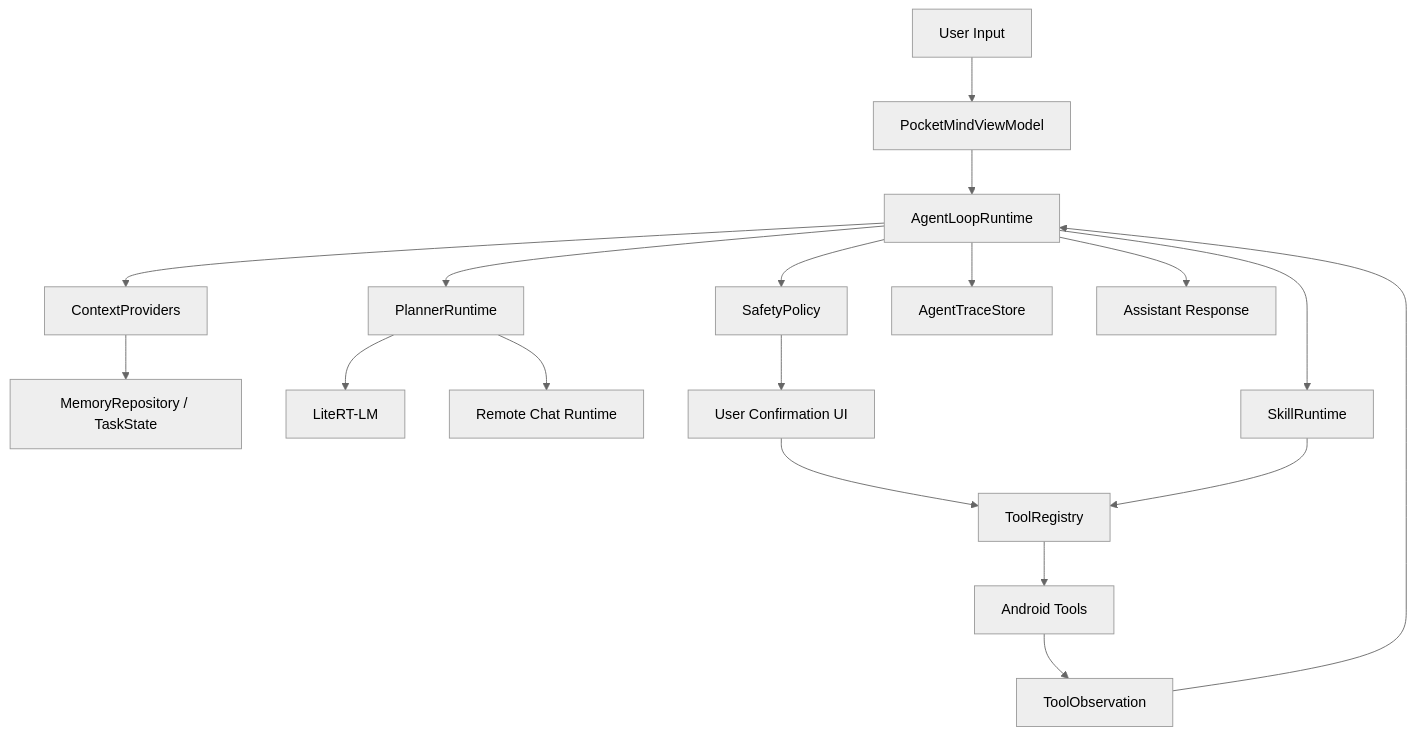
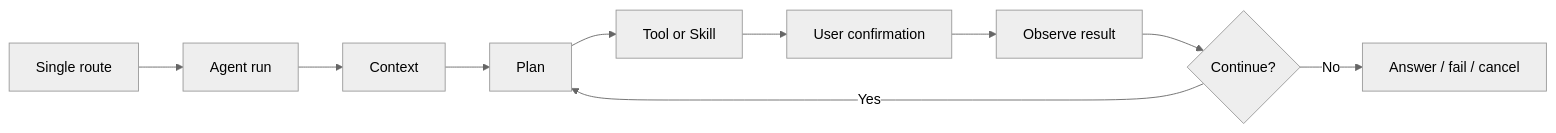
The diagram in docs/agent_loop_multi_agent_plan.md (William-zgx/solin-android), drawn with Mermaid (neutral theme) before and after one commit. The commit also changed other lines of this file and 11 other files, not shown here.

````diff
--- a/docs/agent_loop_multi_agent_plan.md
+++ b/docs/agent_loop_multi_agent_plan.md
@@ -69,20 +37,12 @@
 ```mermaid
-flowchart TD
-    User["User Input"] --> VM["PocketMindViewModel"]
-    VM --> Loop["AgentLoopRuntime"]
-    Loop --> Context["ContextProviders"]
-    Context --> Memory["MemoryRepository / TaskState"]
-    Loop --> Planner["PlannerRuntime"]
-    Planner --> LocalModel["LiteRT-LM"]
-    Planner --> RemoteModel["Remote Chat Runtime"]
-    Loop --> Policy["SafetyPolicy"]
-    Policy --> Confirm["User Confirmation UI"]
-    Confirm --> ToolRegistry["ToolRegistry"]
-    ToolRegistry --> Tools["Android Tools"]
-    Tools --> Observation["ToolObservation"]
-    Observation --> Loop
-    Loop --> SkillRuntime["SkillRuntime"]
-    SkillRuntime --> ToolRegistry
-    Loop --> Trace["AgentTraceStore"]
-    Loop --> Reply["Assistant Response"]
+flowchart LR
+    Route["Single route"] --> Run["Agent run"]
+    Run --> Context["Context"]
+    Context --> Plan["Plan"]
+    Plan --> Tool["Tool or Skill"]
+    Tool --> Confirm["User confirmation"]
+    Confirm --> Observe["Observe result"]
+    Observe --> Continue{"Continue?"}
+    Continue -->|Yes| Plan
+    Continue -->|No| Answer["Answer / fail / cancel"]
 ```
````
